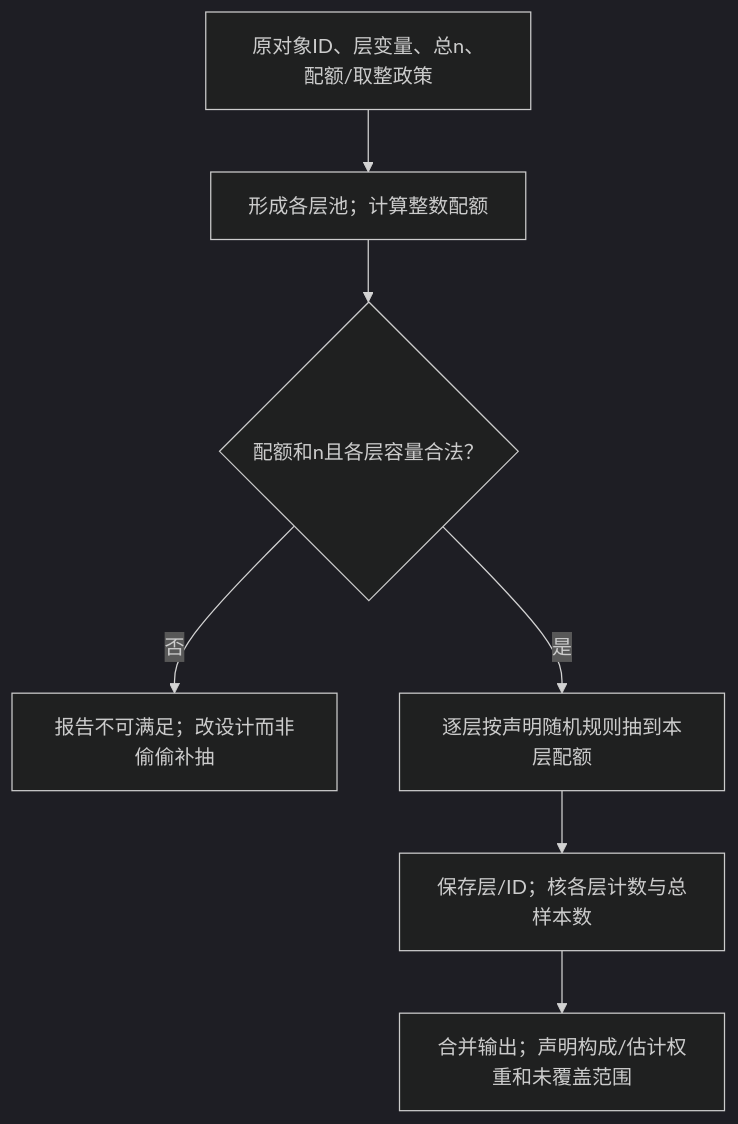
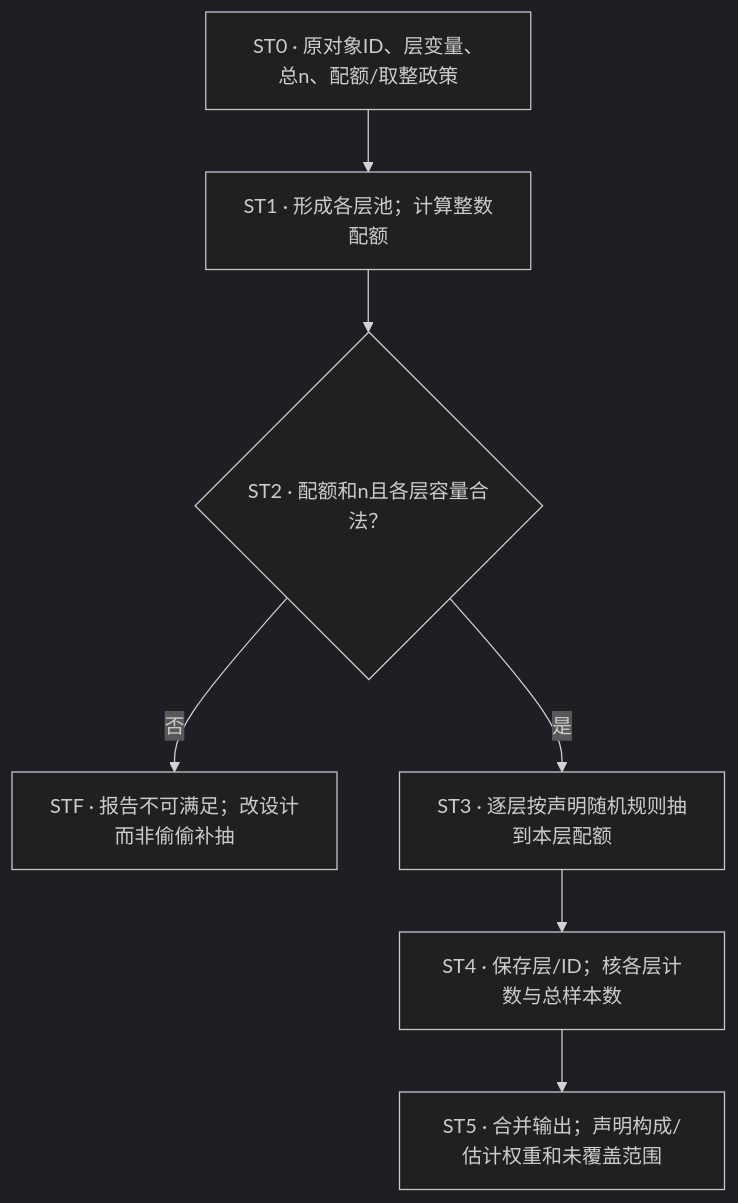
Before and after one commit to CercaTrovato/cityu-ai-course-notes: diagram 14 of 20 in IS6400_Business_Data_Analytics/notes/M03-数据类型与描述性分析.md, drawn with Mermaid (dark theme). The commit also changed other lines of this file and 40 other files, not shown here.

First line of the commit message:
完成 IS6400 M03 全篇审修、原题图保真与适用同步

````diff
--- a/IS6400_Business_Data_Analytics/notes/M03-数据类型与描述性分析.md
+++ b/IS6400_Business_Data_Analytics/notes/M03-数据类型与描述性分析.md
@@ -3554,9 +3914,9 @@
 ```mermaid
 flowchart TD
-    ST0["原对象ID、层变量、总n、配额/取整政策"] --> ST1["形成各层池；计算整数配额"]
-    ST1 --> ST2{"配额和n且各层容量合法？"}
-    ST2 -->|否| STF["报告不可满足；改设计而非偷偷补抽"]
-    ST2 -->|是| ST3["逐层按声明随机规则抽到本层配额"]
-    ST3 --> ST4["保存层/ID；核各层计数与总样本数"]
-    ST4 --> ST5["合并输出；声明构成/估计权重和未覆盖范围"]
+    ST0["ST0 · 原对象ID、层变量、总n、配额/取整政策"] --> ST1["ST1 · 形成各层池；计算整数配额"]
+    ST1 --> ST2{"ST2 · 配额和n且各层容量合法？"}
+    ST2 -->|否| STF["STF · 报告不可满足；改设计而非偷偷补抽"]
+    ST2 -->|是| ST3["ST3 · 逐层按声明随机规则抽到本层配额"]
+    ST3 --> ST4["ST4 · 保存层/ID；核各层计数与总样本数"]
+    ST4 --> ST5["ST5 · 合并输出；声明构成/估计权重和未覆盖范围"]
 ```
````
